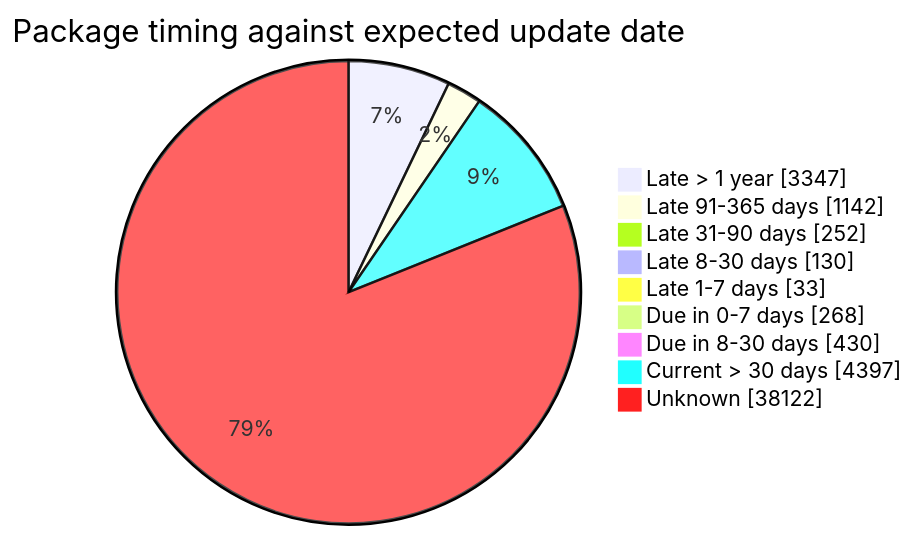
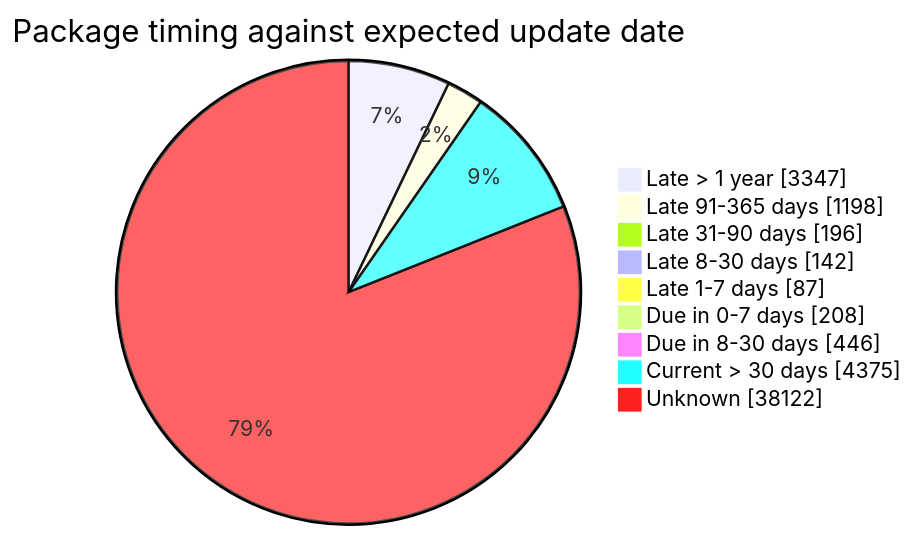
One commit to open-data/analytics-corporate-reporting changed the fourth of 5 diagrams in FreshCheck/README.md. Above: the diagram before and after it, drawn with Mermaid. The commit also changed other lines of this file and 3 other files, not shown here.

````diff
--- a/FreshCheck/README.md
+++ b/FreshCheck/README.md
@@ -86,12 +86,12 @@
 ```mermaid
 pie showData title Package timing against expected update date
     "Late > 1 year": 3347
-    "Late 91-365 days": 1142
-    "Late 31-90 days": 252
-    "Late 8-30 days": 130
-    "Late 1-7 days": 33
-    "Due in 0-7 days": 268
-    "Due in 8-30 days": 430
-    "Current > 30 days": 4397
+    "Late 91-365 days": 1198
+    "Late 31-90 days": 196
+    "Late 8-30 days": 142
+    "Late 1-7 days": 87
+    "Due in 0-7 days": 208
+    "Due in 8-30 days": 446
+    "Current > 30 days": 4375
     "Unknown": 38122
 ```
````
